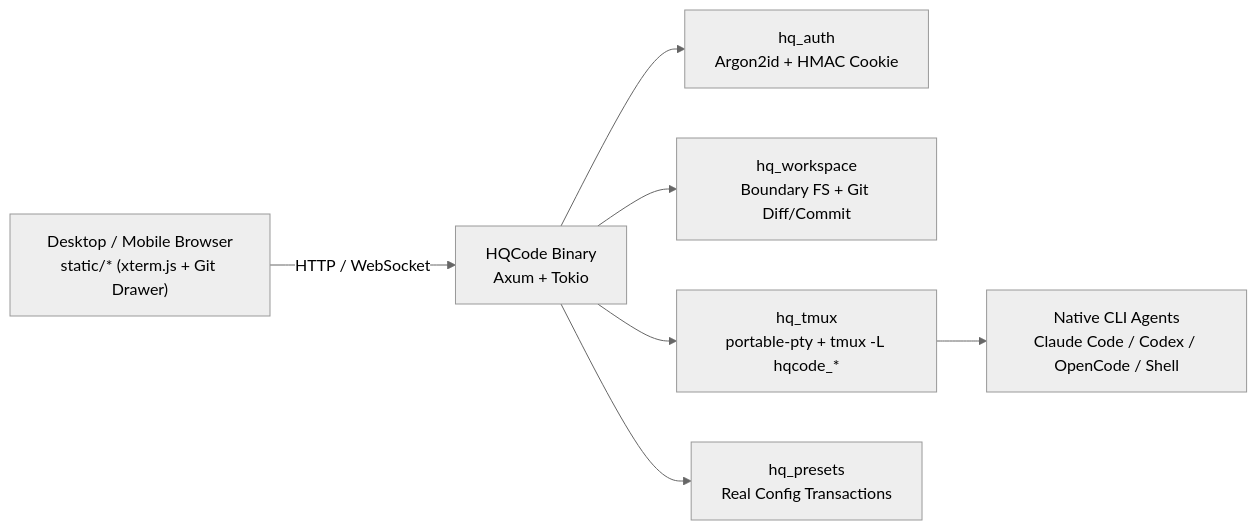
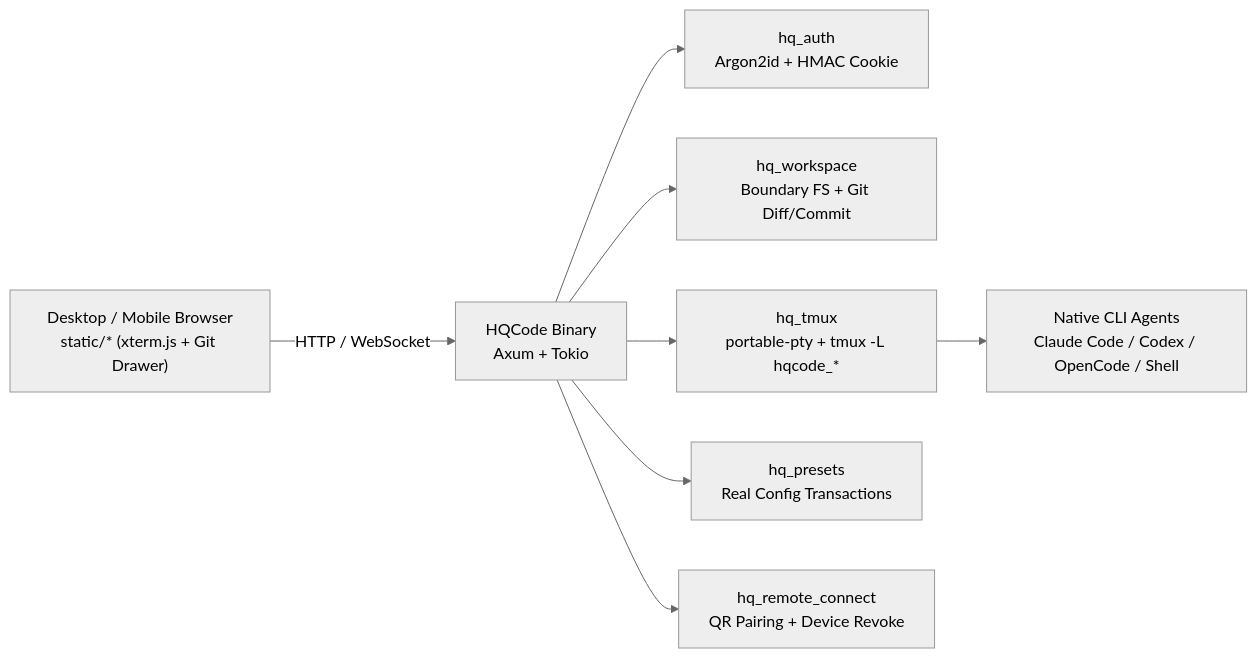
One commit to beyondcy1013/hqcode changed the diagram in README.md. Above: the diagram before and after it, drawn with Mermaid (neutral theme). The commit also changed other lines of this file and 21 other files, not shown here.

Commit message:
feat: 新增 hq_remote_connect 扫码配对 crate 并优化上手与移动端体验

````diff
--- a/README.md
+++ b/README.md
@@ -110,9 +118,10 @@
 ```mermaid
 flowchart LR
     Browser["Desktop / Mobile Browser<br/>static/* (xterm.js + Git Drawer)"] -->|HTTP / WebSocket| Server["HQCode Binary<br/>Axum + Tokio"]
     Server --> Auth["hq_auth<br/>Argon2id + HMAC Cookie"]
     Server --> WS["hq_workspace<br/>Boundary FS + Git Diff/Commit"]
     Server --> Tmux["hq_tmux<br/>portable-pty + tmux -L hqcode_*"]
     Tmux --> Agents["Native CLI Agents<br/>Claude Code / Codex / OpenCode / Shell"]
     Server --> Presets["hq_presets<br/>Real Config Transactions"]
+    Server --> Remote["hq_remote_connect<br/>QR Pairing + Device Revoke"]
 ```
````
